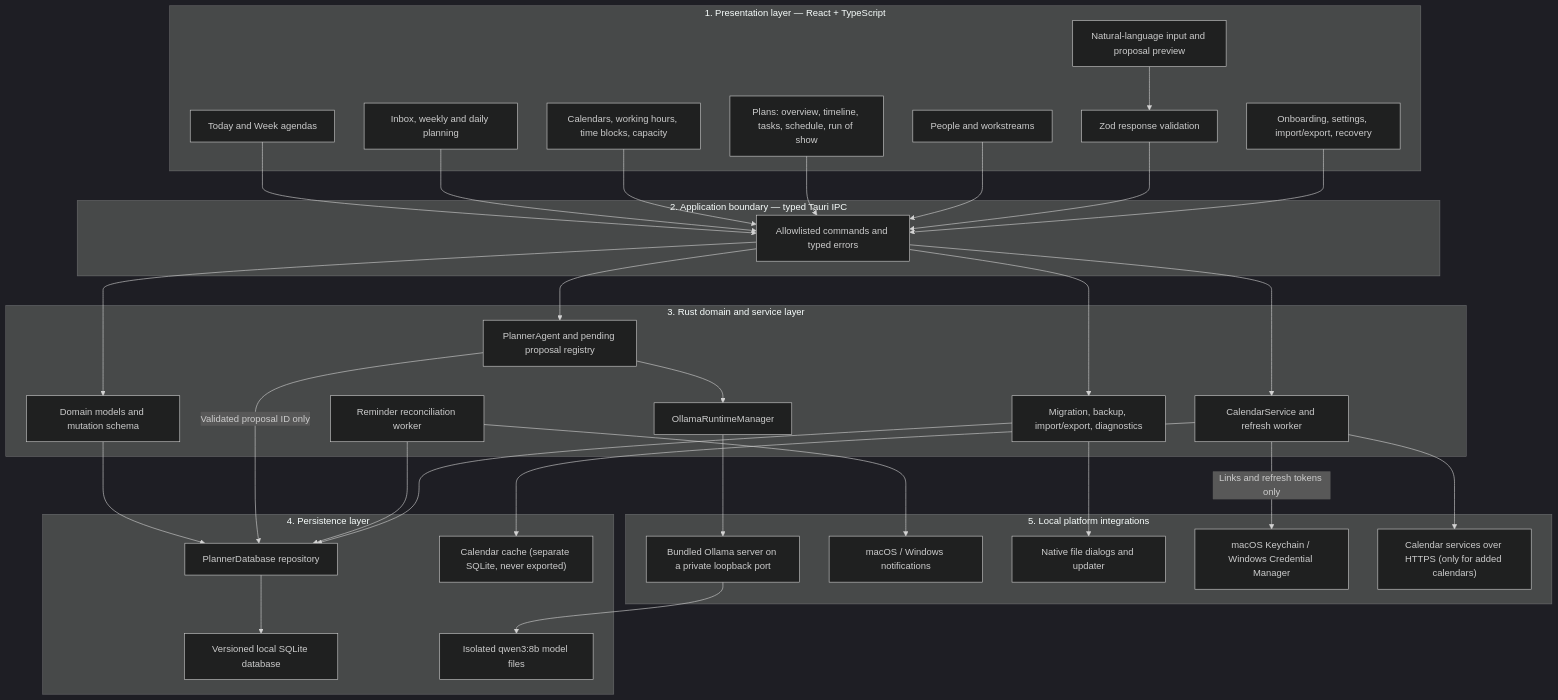
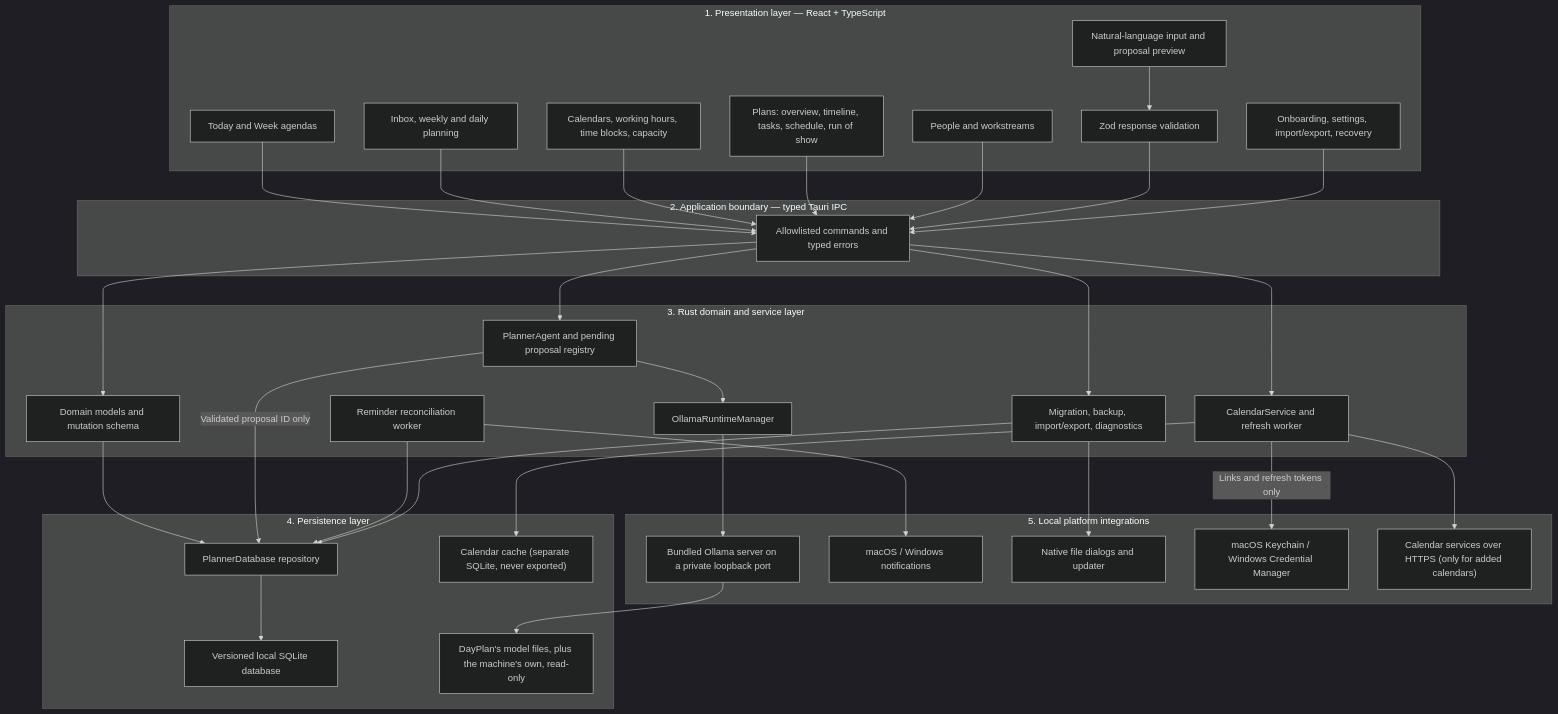
Before and after one commit to Von-Van/DelvePlanner: the first of 3 diagrams in README.md, drawn with Mermaid (dark theme). The commit also changed other lines of this file and 17 other files, not shown here.

````diff
--- a/README.md
+++ b/README.md
@@ -32,64 +32,64 @@
 ```mermaid
 flowchart TB
   subgraph presentation["1. Presentation layer — React + TypeScript"]
     Agenda["Today and Week agendas"]
     Sessions["Inbox, weekly and daily planning"]
     CalendarsUI["Calendars, working hours, time blocks, capacity"]
     Plans["Plans: overview, timeline, tasks, schedule, run of show"]
     People["People and workstreams"]
     PlannerUI["Natural-language input and proposal preview"]
     Settings["Onboarding, settings, import/export, recovery"]
     Boundary["Zod response validation"]
   end
 
   subgraph ipc["2. Application boundary — typed Tauri IPC"]
     Commands["Allowlisted commands and typed errors"]
   end
 
   subgraph domain["3. Rust domain and service layer"]
     Models["Domain models and mutation schema"]
     Agent["PlannerAgent and pending proposal registry"]
     Runtime["OllamaRuntimeManager"]
     Reminder["Reminder reconciliation worker"]
     CalendarSvc["CalendarService and refresh worker"]
     Files["Migration, backup, import/export, diagnostics"]
   end
 
   subgraph persistence["4. Persistence layer"]
     Repo["PlannerDatabase repository"]
     SQLite["Versioned local SQLite database"]
-    ModelStore["Isolated qwen3:8b model files"]
+    ModelStore["DayPlan's model files, plus the machine's own, read-only"]
     CalendarCache["Calendar cache (separate SQLite, never exported)"]
   end
 
   subgraph native["5. Local platform integrations"]
     Ollama["Bundled Ollama server on a private loopback port"]
     Notifications["macOS / Windows notifications"]
     Dialogs["Native file dialogs and updater"]
     Keychain["macOS Keychain / Windows Credential Manager"]
     CalendarServices["Calendar services over HTTPS (only for added calendars)"]
   end
 
   Agenda --> Commands
   Sessions --> Commands
   CalendarsUI --> Commands
   Plans --> Commands
   People --> Commands
   PlannerUI --> Boundary --> Commands
   Settings --> Commands
   Commands --> Models
   Commands --> Agent
   Commands --> Files
   Commands --> CalendarSvc
   CalendarSvc --> CalendarCache
   CalendarSvc -->|"Links and refresh tokens only"| Keychain
   CalendarSvc --> CalendarServices
   Agent --> Runtime --> Ollama
   Ollama --> ModelStore
   Models --> Repo --> SQLite
   Agent -->|"Validated proposal ID only"| Repo
   Reminder --> Repo
   Reminder --> Notifications
   Files --> Repo
   Files --> Dialogs
 ```
````
